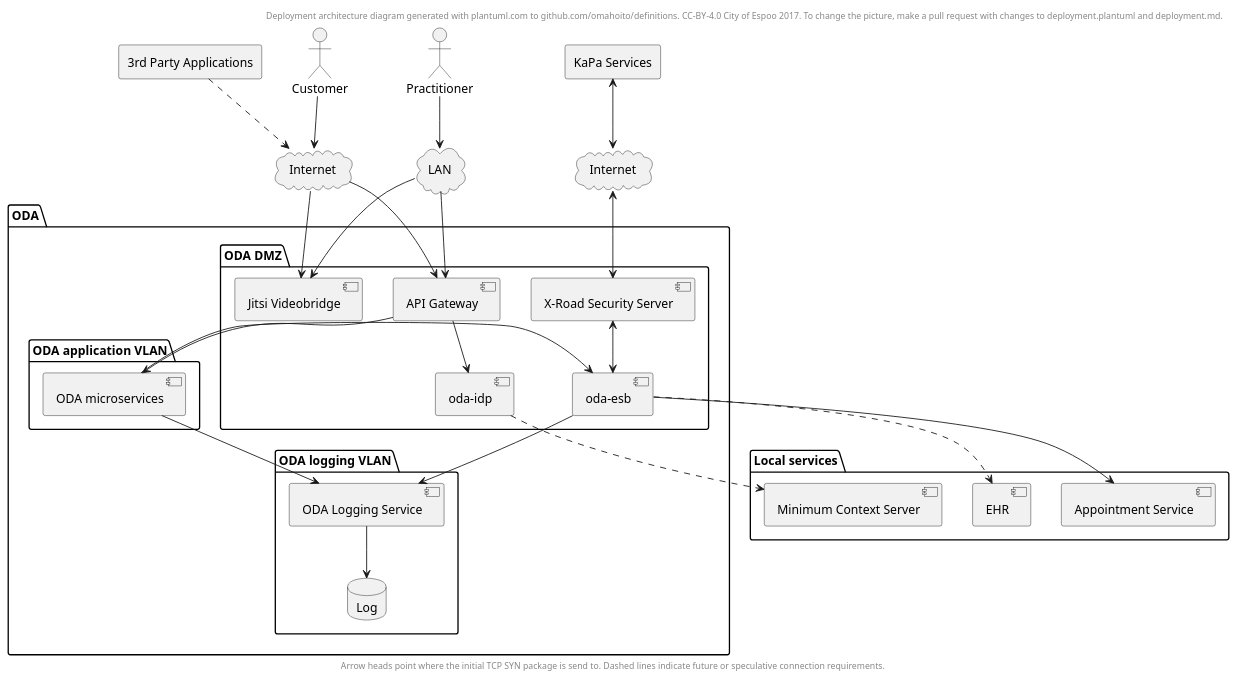
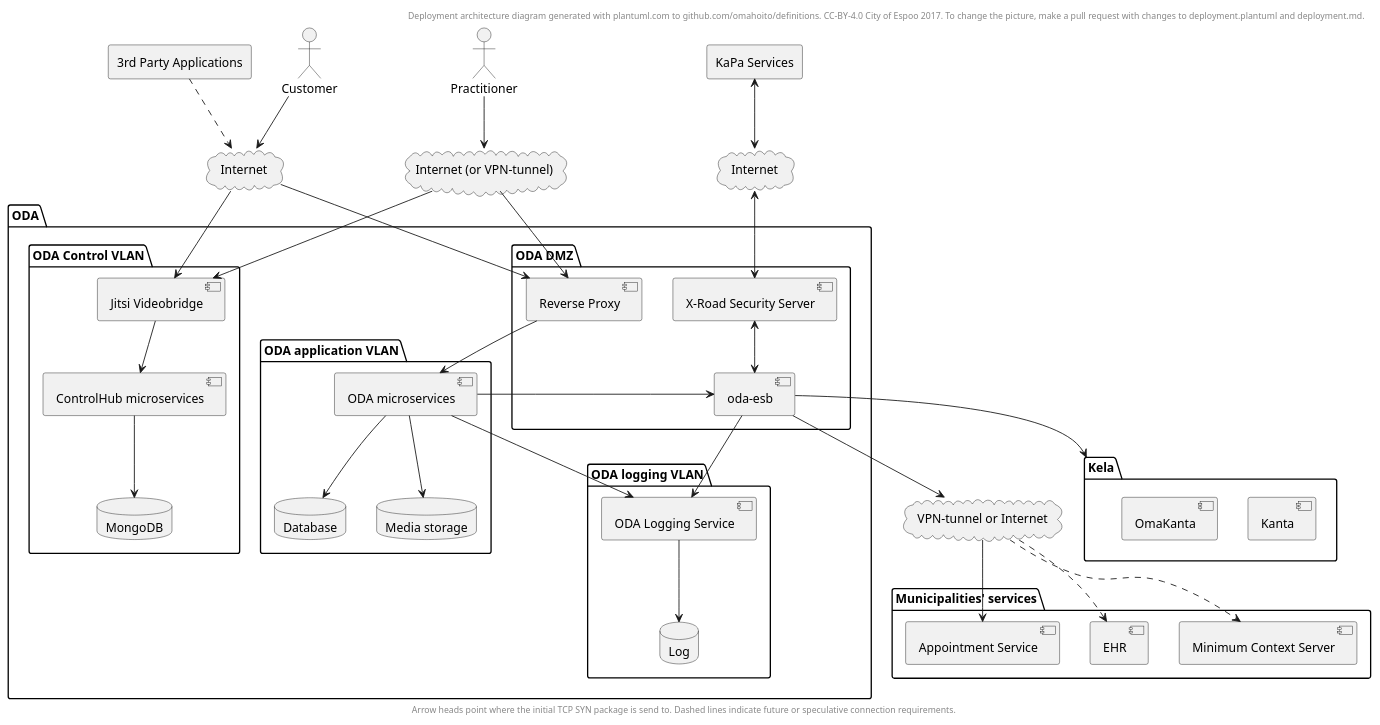
One commit to ruoat/definitions changed the diagram in deployment.plantuml. Above: the diagram before and after it, drawn with PlantUML. The commit also changed 1 other file, not shown here.

Commit message:
Add ODA Control VLAN, Kela and L2L connections

```diff
--- a/deployment.plantuml
+++ b/deployment.plantuml
@@ -1,73 +1,89 @@
 @startuml
 
 header
 Deployment architecture diagram generated with plantuml.com to github.com/omahoito/definitions. \
 CC-BY-4.0 City of Espoo 2017. \
 To change the picture, make a pull request with changes to deployment.plantuml and deployment.md.
 endheader
 
 footer
 Arrow heads point where the initial TCP SYN package is send to. \
 Dashed lines indicate future or speculative connection requirements.
 endfooter
 
 actor Customer
 actor Practitioner
 agent "KaPa Services" as ks
 agent "3rd Party Applications" as apps
 
 cloud Internet as public
-cloud LAN
+cloud "Internet (or VPN-tunnel)" as LAN
 cloud Internet as kapa
 
 Customer --> public
 Practitioner --> LAN
 ks <--> kapa
 apps ..> public
 
-folder "Local services" {
+folder "Municipalities' services" {
     component "Appointment Service" as appointments
     component "Minimum Context Server" as mctx
     component EHR
 }
 
 folder ODA {
     folder "ODA DMZ" {
         component "X-Road Security Server" as sec
         component "oda-esb" as esb
-        component "API Gateway" as gw
-        component "oda-idp" as idp
-        component "Jitsi Videobridge" as jitsi
+        component "Reverse Proxy" as gw
 
     }
     folder "ODA application VLAN" {
-        component "ODA microservices" as x
+        component "ODA microservices" as services
+        database Database as DB
+        database "Media storage" as mediastore
+        services --> DB
+        services --> mediastore
     }
-
+    folder "ODA Control VLAN" {
+        component "Jitsi Videobridge" as jitsi
+        component "ControlHub microservices" as control
+        jitsi --> control
+        database MongoDB
+        control --> MongoDB
+    }
     folder "ODA logging VLAN" {
         component "ODA Logging Service" as logging
         database Log
         logging --> Log
     }
 }
 
+folder Kela {
+    component Kanta
+    component OmaKanta
+}
+
+cloud "VPN-tunnel or Internet" as L2L
+
 public --> gw
 public --> jitsi
 LAN --> gw
 LAN --> jitsi
 
 sec <--> esb
-esb --> appointments
-esb ..> EHR
+esb --> L2L
 esb --> logging
+esb --> Kela
 
-gw --> idp
-idp ..> mctx
+L2L --> appointments
+L2L ..> mctx
+L2L ..> EHR
 
 kapa <--> sec
 
-gw --> x
-x --> esb
-x --> logging
+gw --> services
+services --> esb
+services --> logging
 
 @enduml
```
